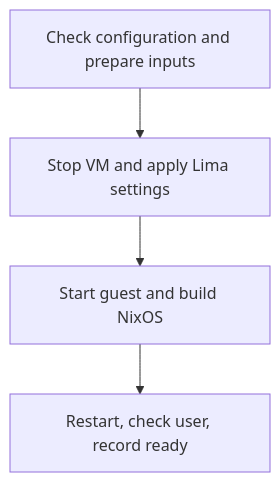
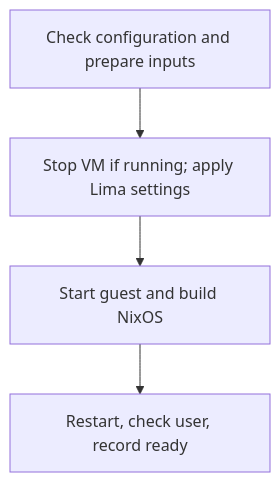
The diagram in docs/working-with-vms.md (limanix/client), drawn with Mermaid before and after one commit. The commit also changed other lines of this file and 25 other files, not shown here.

````diff
--- a/docs/working-with-vms.md
+++ b/docs/working-with-vms.md
@@ -76,6 +78,6 @@
 ```{mermaid}
 flowchart TD
-    A["Check configuration and prepare inputs"] --> B["Stop VM and apply Lima settings"]
+    A["Check configuration and prepare inputs"] --> B["Stop VM if running; apply Lima settings"]
     B --> C["Start guest and build NixOS"]
     C --> D["Restart, check user, record ready"]
 ```
````
